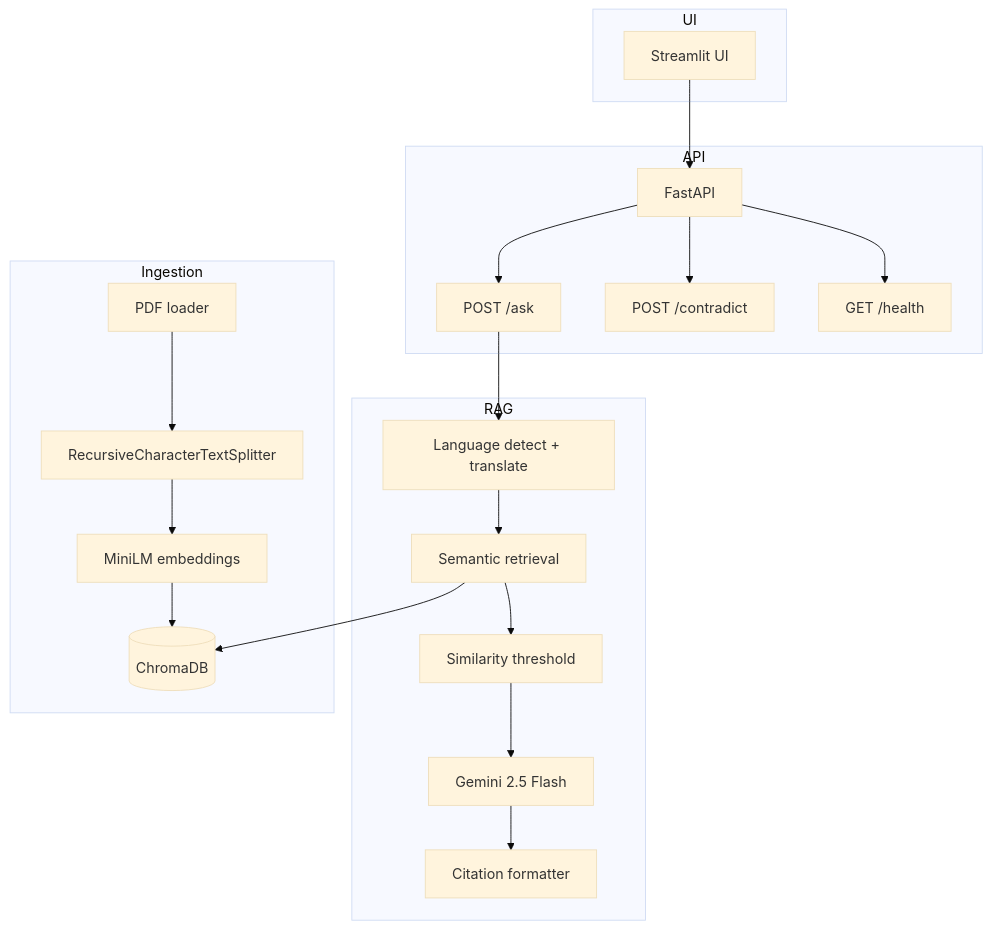
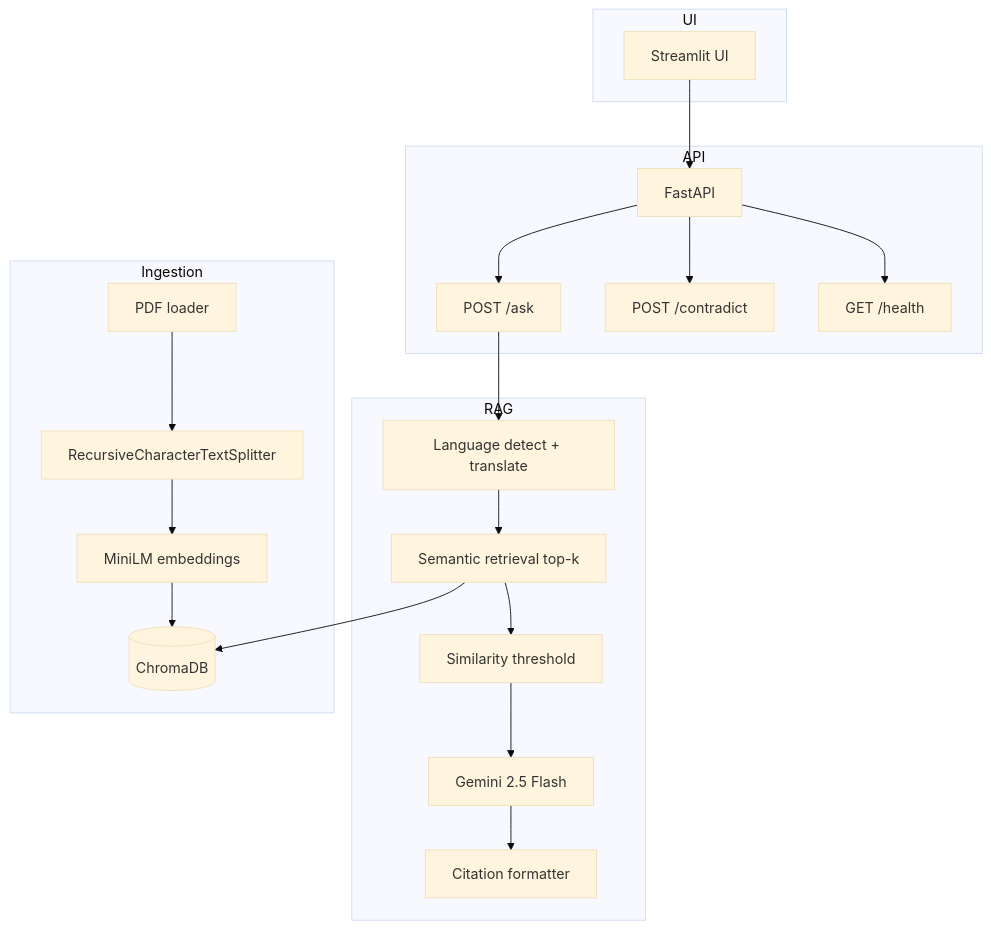
The diagram in README.md (krishshah1108/potens-intern-aiml-krish-shah), drawn with Mermaid (base theme) before and after one commit. The commit also changed other lines of this file and 14 other files, not shown here.

````diff
--- a/README.md
+++ b/README.md
@@ -35,34 +42,34 @@
 ```mermaid
 flowchart TB
     subgraph UI
         ST[Streamlit UI]
     end
 
     subgraph API
         FA[FastAPI]
         ASK["POST /ask"]
         CON["POST /contradict"]
         HLTH["GET /health"]
     end
 
     subgraph RAG
         LANG[Language detect + translate]
-        RET[Semantic retrieval]
+        RET[Semantic retrieval top-k]
         THR[Similarity threshold]
         LLM[Gemini 2.5 Flash]
         CITE[Citation formatter]
     end
 
     subgraph Ingestion
         PDF[PDF loader]
         CHK[RecursiveCharacterTextSplitter]
         EMB[MiniLM embeddings]
         CHROMA[(ChromaDB)]
     end
 
     ST --> FA
     FA --> ASK & CON & HLTH
     ASK --> LANG --> RET --> CHROMA
     RET --> THR --> LLM --> CITE
     PDF --> CHK --> EMB --> CHROMA
 ```
````
